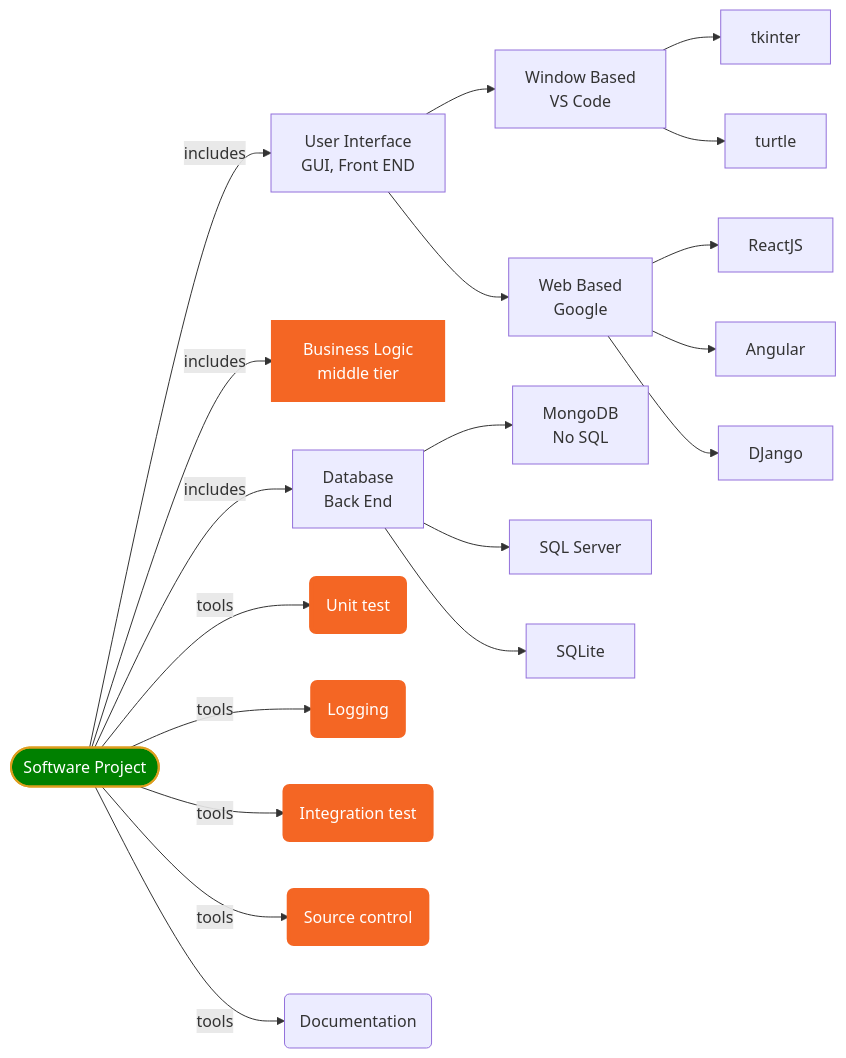
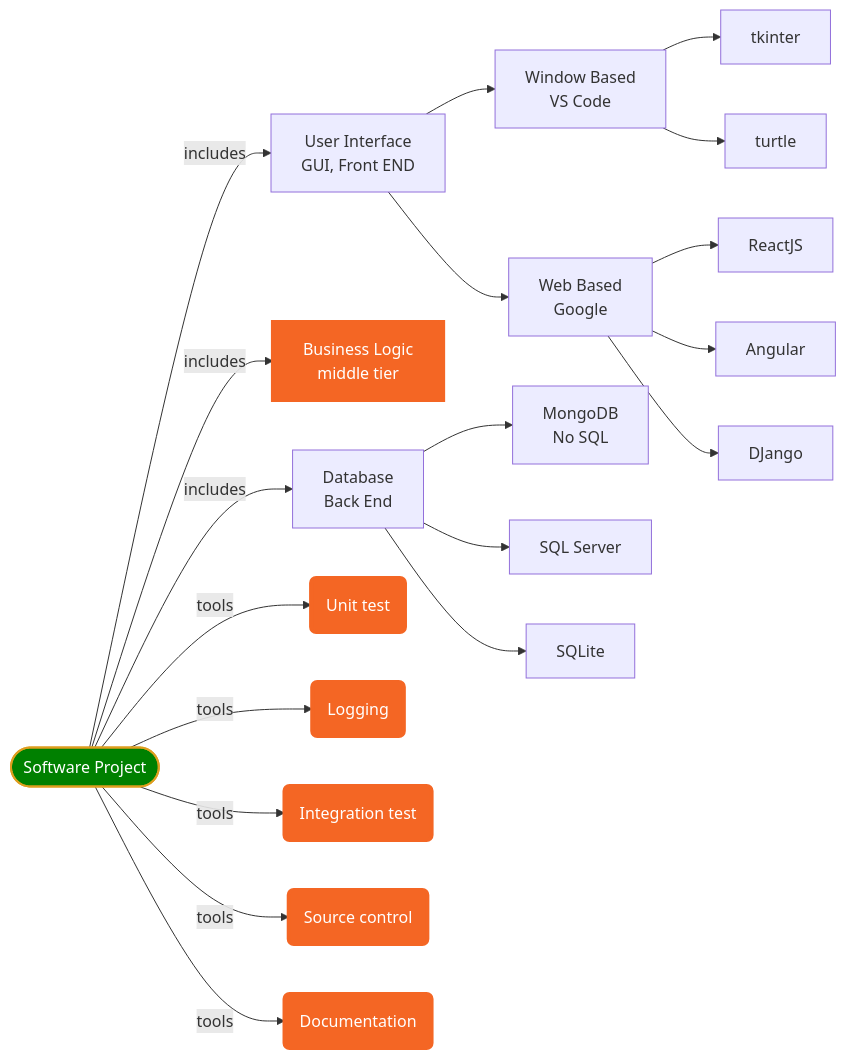
The fifth of 9 diagrams in doc/python.md (jwang1122/python1), drawn with Mermaid before and after one commit. The commit also changed other lines of this file and 6 other files, not shown here.

````diff
--- a/doc/python.md
+++ b/doc/python.md
@@ -354,36 +355,36 @@
 ```mermaid
 graph LR
 A([Software Project])
 B[User Interface<br>GUI, Front END]
 C[Business Logic<br>middle tier]
 D[Database<br>Back End]
 E(Unit test)
 F(Logging)
 G[Window Based<br>VS Code]
 H[Web Based<br>Google]
 M[MongoDB<br>No SQL]
 S[SQL Server]
 P[SQLite]
 K[ReactJS]
 L[Angular]
 DJ[DJango]
 INT(Integration test)
 GIT(Source control)
 DOC(Documentation)
 TKINTER[tkinter]
 TURTLE[turtle]
 
 A--includes-->B & C & D 
 A--tools--> E & F & INT & DOC & GIT
 B-->G & H
 D-->M & S & P
 H-->K & L & DJ
 G-->TKINTER & TURTLE
 
 classDef html fill:#F46624,stroke:#F46624,stroke-width:4px,color:white;
 classDef start fill:green,stroke:#DE9E1F,stroke-width:2px,color:white;
 
-class C,E,F,GIT,INT html
+class C,E,F,GIT,INT,DOC html
 class A, start
 
 ```
````
